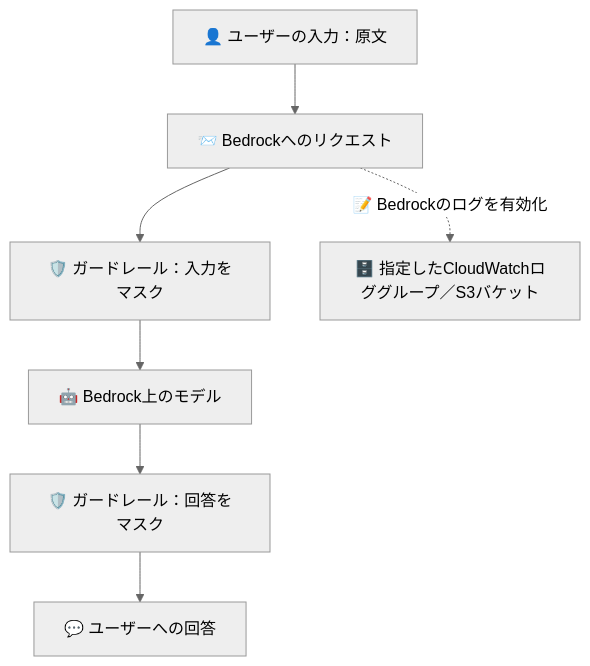
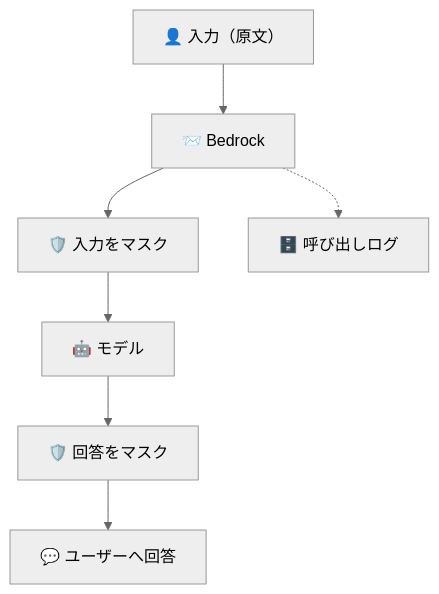
Before and after one commit to kkoch5t2/zenn-contents: the first of 3 diagrams in articles/bedrock-guardrails-pii-logging.md, drawn with Mermaid (neutral theme). The commit also changed other lines of this file, not shown here.

Commit message:
Make Mermaid diagrams mobile friendly

````diff
--- a/articles/bedrock-guardrails-pii-logging.md
+++ b/articles/bedrock-guardrails-pii-logging.md
@@ -27,9 +27,9 @@
 ```mermaid
 flowchart TD
-    U["👤 ユーザーの入力：原文"] --> B["📨 Bedrockへのリクエスト"]
-    B --> G["🛡️ ガードレール：入力をマスク"]
-    G --> M["🤖 Bedrock上のモデル"]
-    M --> O["🛡️ ガードレール：回答をマスク"]
-    O --> R["💬 ユーザーへの回答"]
-    B -.->|"📝 Bedrockのログを有効化"| L["🗄️ 指定したCloudWatchロググループ／S3バケット"]
+    U["👤 入力（原文）"] --> B["📨 Bedrock"]
+    B --> G["🛡️ 入力をマスク"]
+    G --> M["🤖 モデル"]
+    M --> O["🛡️ 回答をマスク"]
+    O --> R["💬 ユーザーへ回答"]
+    B -.-> L["🗄️ 呼び出しログ"]
 ```
````
